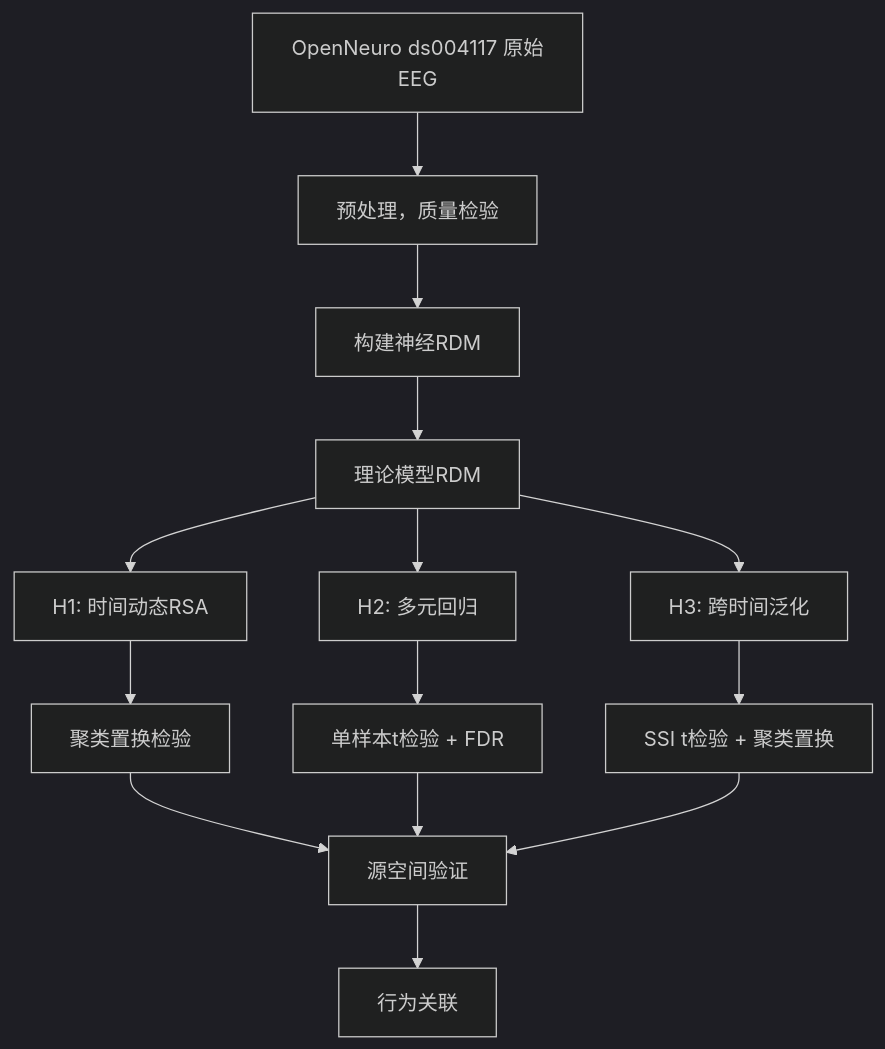
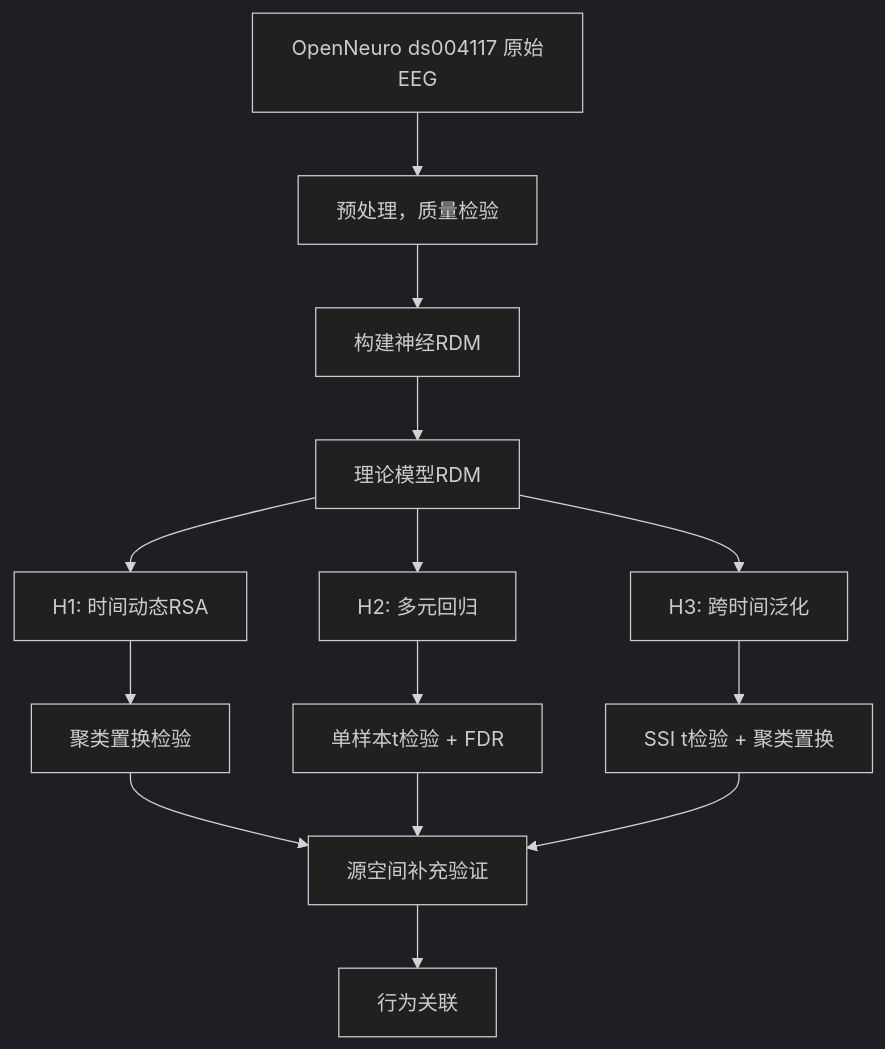
The diagram in README.md (ElasWang/wm_dynamics_rsa), drawn with Mermaid (dark theme) before and after one commit. The commit also changed other lines of this file, not shown here.

````diff
--- a/README.md
+++ b/README.md
@@ -68,17 +70,17 @@
 ```mermaid
 flowchart TD
     A[OpenNeuro ds004117 原始EEG] 
     A --> B[预处理，质量检验]
     B --> C[构建神经RDM]
     C --> D[理论模型RDM]
     D --> E[H1: 时间动态RSA]
     D --> F[H2: 多元回归]
     D --> G[H3: 跨时间泛化]
     E --> H1_统计[聚类置换检验]
     F --> H2_统计[单样本t检验 + FDR]
     G --> H3_统计[SSI t检验 + 聚类置换]
-    H1_统计 --> I[源空间验证]
+    H1_统计 --> I[源空间补充验证]
     H2_统计 --> I
     H3_统计 --> I
     I --> J[行为关联]
 ```
````
